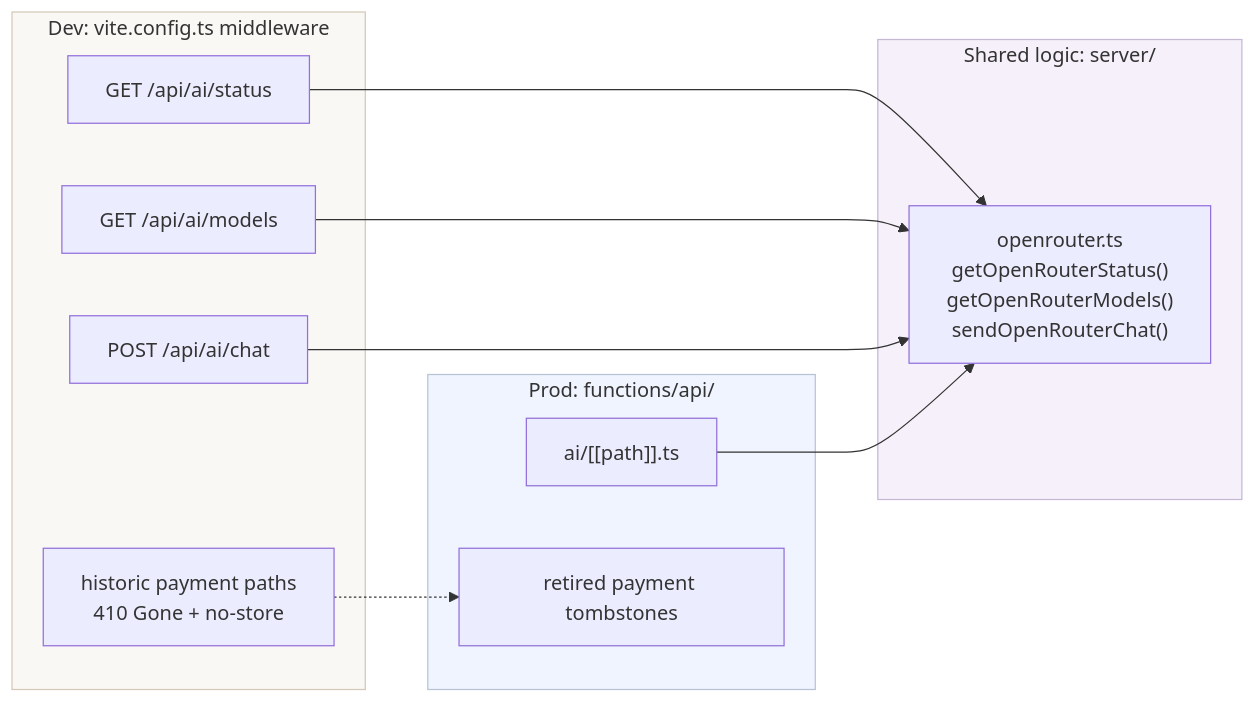
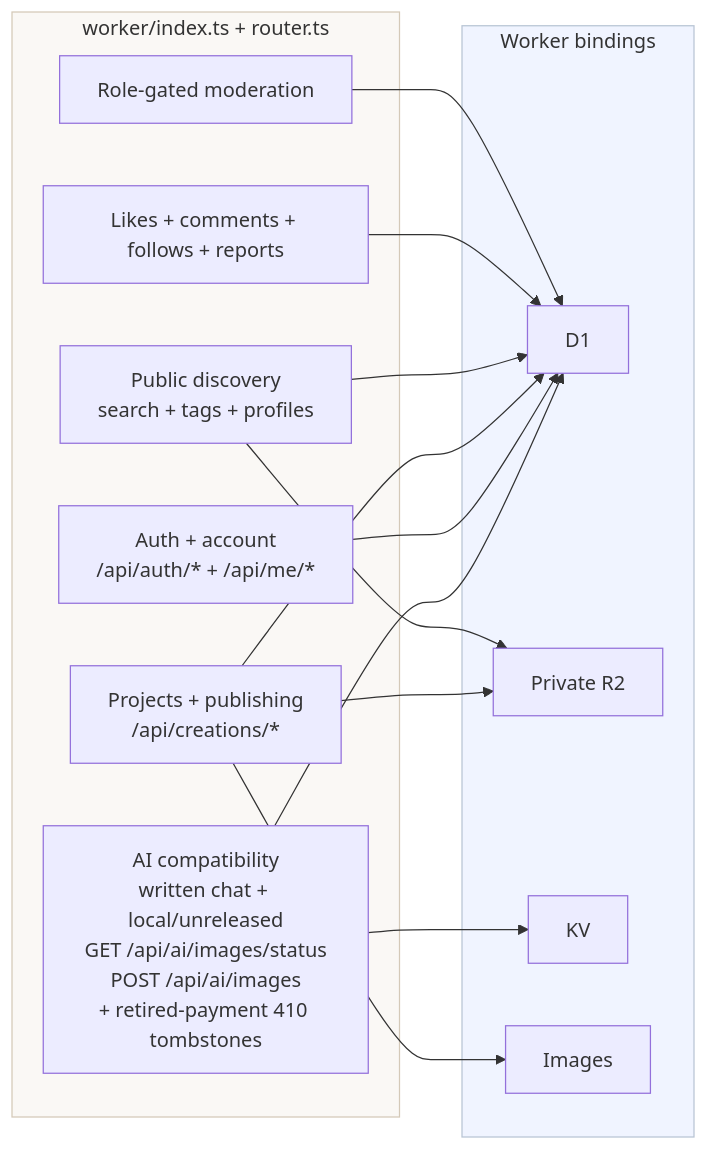
Before and after one commit to RazonIn4K/Mii-pixelart: diagram 11 of 13 in living-the-grid-studio/docs/architecture.md, drawn with Mermaid. The commit also changed other lines of this file and 380 other files, not shown here.

````diff
--- a/living-the-grid-studio/docs/architecture.md
+++ b/living-the-grid-studio/docs/architecture.md
@@ -455,26 +517,27 @@
 ```mermaid
 graph LR
-    subgraph Dev["Dev: vite.config.ts middleware"]
-        D1["GET /api/ai/status"]
-        D2["GET /api/ai/models"]
-        D3["POST /api/ai/chat"]
-        D4["historic payment paths<br/>410 Gone + no-store"]
+    subgraph Runtime["worker/index.ts + router.ts"]
+        Legacy["AI compatibility<br/>written chat + local/unreleased<br/>GET /api/ai/images/status<br/>POST /api/ai/images<br/>+ retired-payment 410 tombstones"]
+        Auth["Auth + account<br/>/api/auth/* + /api/me/*"]
+        Creations["Projects + publishing<br/>/api/creations/*"]
+        Discovery["Public discovery<br/>search + tags + profiles"]
+        Social["Likes + comments + follows + reports"]
+        Moderation["Role-gated moderation"]
     end
 
-    subgraph Edge["Prod: functions/api/"]
-        E1["ai/[[path]].ts"]
-        E2["retired payment tombstones"]
+    subgraph Bindings["Worker bindings"]
+        DB["D1"]
+        Objects["Private R2"]
+        Cache["KV"]
+        Images["Images"]
     end
 
-    subgraph Shared["Shared logic: server/"]
-        OR["openrouter.ts\ngetOpenRouterStatus()\ngetOpenRouterModels()\nsendOpenRouterChat()"]
-    end
+    Legacy --> Cache
+    Legacy --> DB
+    Auth & Creations & Discovery & Social & Moderation --> DB
+    Creations & Discovery --> Objects
+    Creations --> Images
 
-    D1 & D2 & D3 --> OR
-    E1 --> OR
-    D4 -.-> E2
-
-    style Dev fill:#faf8f5,stroke:#d4c9b8
-    style Edge fill:#f0f4ff,stroke:#b8c4d4
-    style Shared fill:#f5f0fa,stroke:#c4b8d4
+    style Runtime fill:#faf8f5,stroke:#d4c9b8
+    style Bindings fill:#f0f4ff,stroke:#b8c4d4
 ```
````
